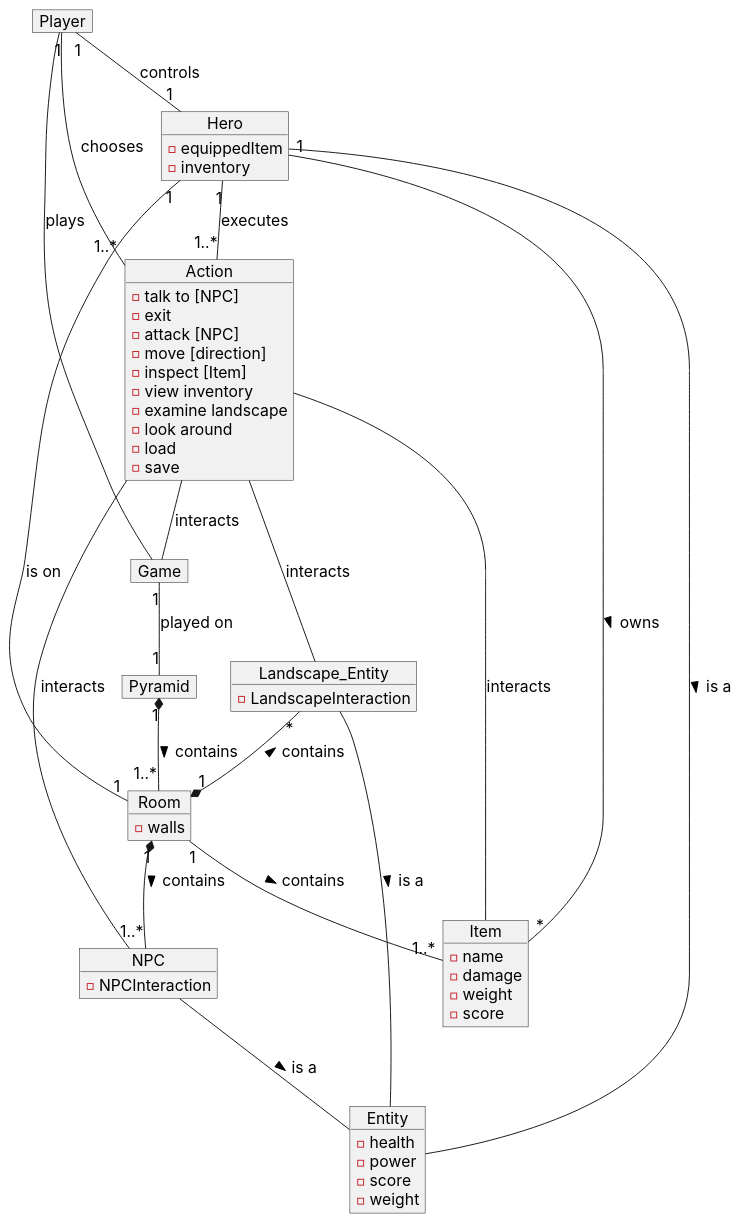
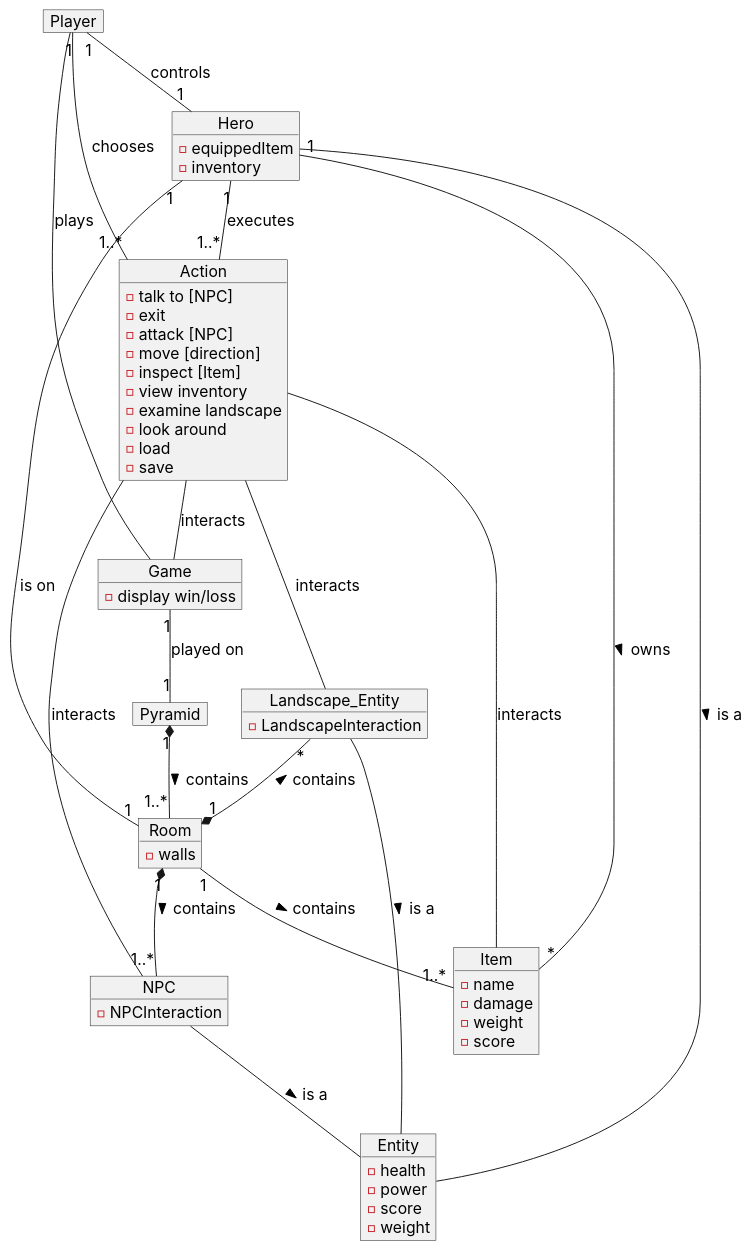
The diagram in plantuml/domain-model.plantuml (MarvinTheMoodLifter/escape-from-Dahshur), drawn with PlantUML before and after one commit.

Commit message:
8/6/2024

```diff
--- a/plantuml/domain-model.plantuml
+++ b/plantuml/domain-model.plantuml
@@ -1,71 +1,72 @@
 @startuml Domain Model
 skinparam DefaultFontName Inter
 skinparam DefaultFontSize 16
 skinparam DefaultFontStyle bold
 skinparam ArrowThickness 1
 hide empty members
 
 object "Hero" as Main_Character {
   - equippedItem
   - inventory
 }
 object Game{
+-display win/loss
 }
 object Player{
 }
 object Landscape_Entity{
    -LandscapeInteraction
 }
 object Entity {
   - health
   - power
   - score
   - weight
 }
 object Action{
   -talk to [NPC]
   -exit
   -attack [NPC]
   -move [direction]
   -inspect [Item]
   -view inventory
   -examine landscape
   -look around
   -load
   -save
 
 }
 object Item {
   - name
   - damage 
   - weight 
   - score
 }
 object NPC {
   -NPCInteraction
 }
 object Pyramid {
 }
 object Room {
    - walls
 }
 Room "1"-- "1..*" Item : contains >
 Pyramid "1"*--"1..*" Room: contains >
 Room "1"*-- "1..*" NPC : contains >
 Game "1"--"1" Pyramid: played on
 Main_Character "1"--"*" Item: owns >
 Entity -- Main_Character: is a <
 NPC -- Entity: is a >
 Landscape_Entity -- Entity: is a >
 Landscape_Entity "*"--*"1" Room: contains <
 Main_Character "1" -- "1" Room: is on
 Player "1"--"1" Main_Character: controls
 Player -- Game: plays
 Player "1"--"1..*" Action: chooses
 Main_Character "1"--"1..*" Action: executes
 Action -- Game: interacts
 Action -- NPC: interacts
 Action -- Landscape_Entity: interacts
 Action -- Item: interacts
 
 @enduml
```
